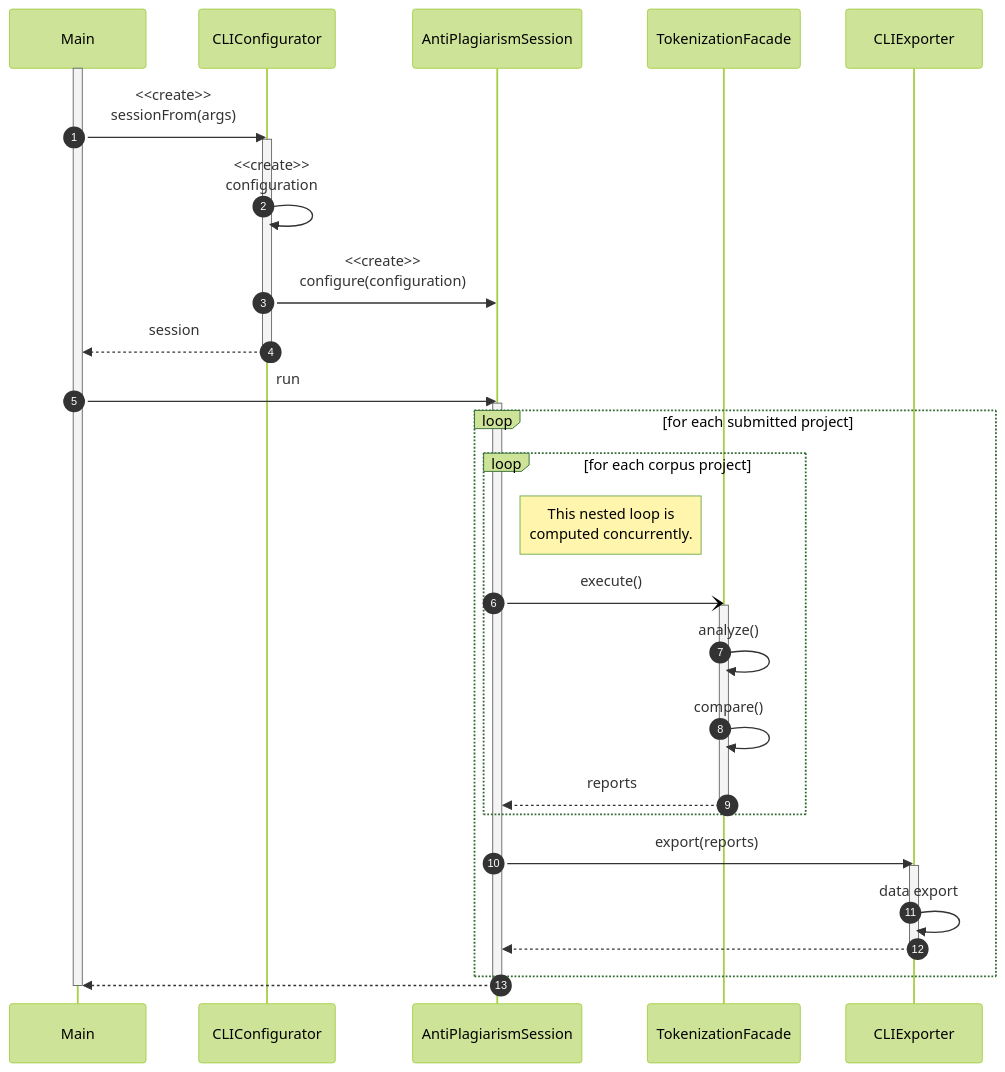
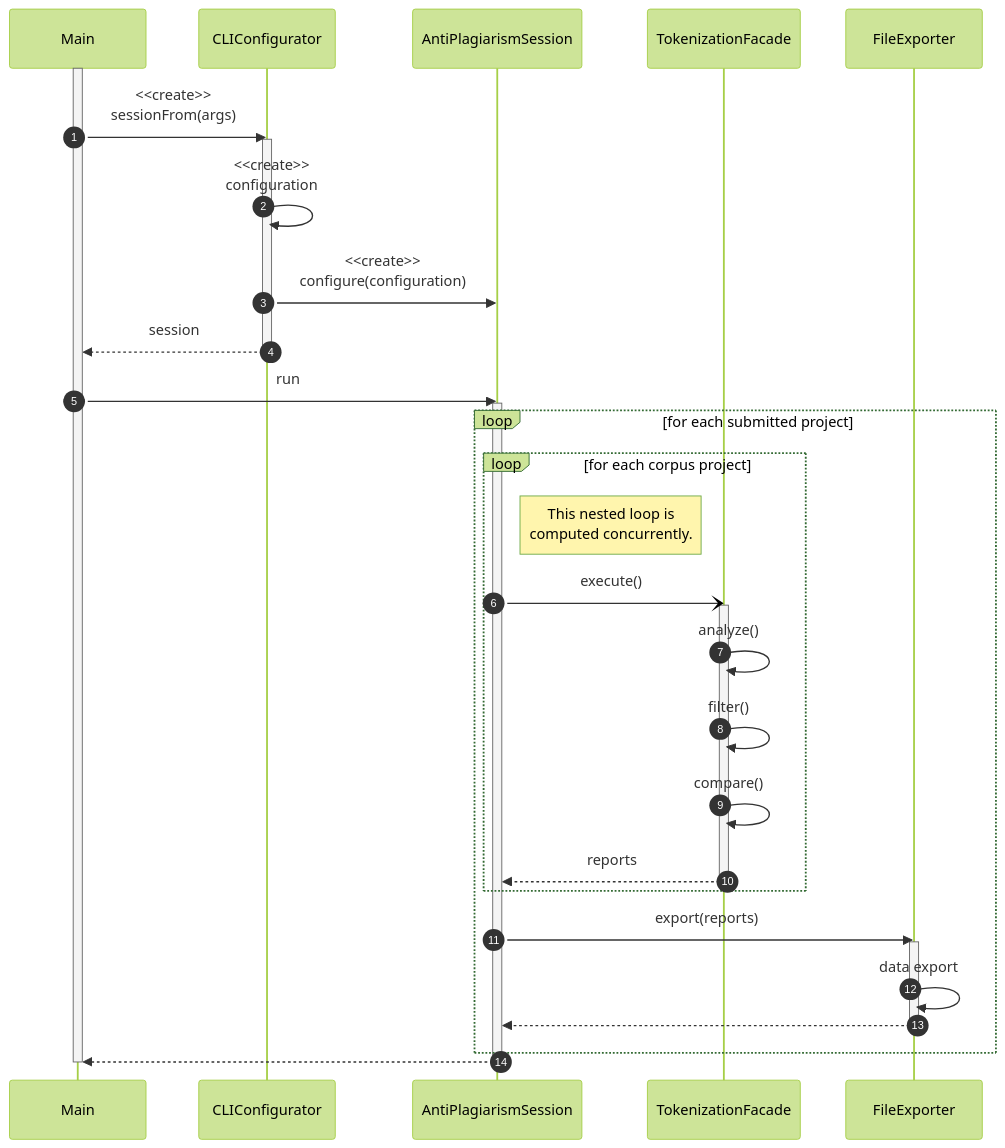
Before and after one commit to tassiLuca/bachelor-thesis: the diagram in resources/schemas/02-sequence-diagram.mmd, drawn with Mermaid (forest theme). The commit also changed 1 other file, not shown here.

Commit message:
update schema

```diff
--- a/resources/schemas/02-sequence-diagram.mmd
+++ b/resources/schemas/02-sequence-diagram.mmd
@@ -1,36 +1,37 @@
 sequenceDiagram
     autonumber
     activate Main
 
     Main ->> CLIConfigurator: <<create>> <br/> sessionFrom(args)
     activate CLIConfigurator
     CLIConfigurator ->> CLIConfigurator: <<create>> <br/> configuration
     CLIConfigurator ->> AntiPlagiarismSession: <<create>> <br/> configure(configuration)
     CLIConfigurator -->> Main: session
     deactivate CLIConfigurator
 
     Main ->> AntiPlagiarismSession: run
     activate AntiPlagiarismSession
 
     loop for each submitted project
         loop for each corpus project
             note right of AntiPlagiarismSession: This nested loop is <br/> computed concurrently.
             AntiPlagiarismSession -) TokenizationFacade: execute()
             activate TokenizationFacade
             TokenizationFacade ->> TokenizationFacade: analyze()
+            TokenizationFacade ->> TokenizationFacade: filter()
             TokenizationFacade ->> TokenizationFacade: compare()
             TokenizationFacade -->> AntiPlagiarismSession: reports
             deactivate TokenizationFacade
         end
 
-        AntiPlagiarismSession ->> CLIExporter: export(reports)
-        activate CLIExporter
-        CLIExporter ->> CLIExporter: data export
-        CLIExporter -->> AntiPlagiarismSession: 
-        deactivate CLIExporter
+        AntiPlagiarismSession ->> FileExporter: export(reports)
+        activate FileExporter
+        FileExporter ->> FileExporter: data export
+        FileExporter -->> AntiPlagiarismSession: 
+        deactivate FileExporter
     end
 
     AntiPlagiarismSession -->> Main: 
     deactivate AntiPlagiarismSession
 
     deactivate Main
```
